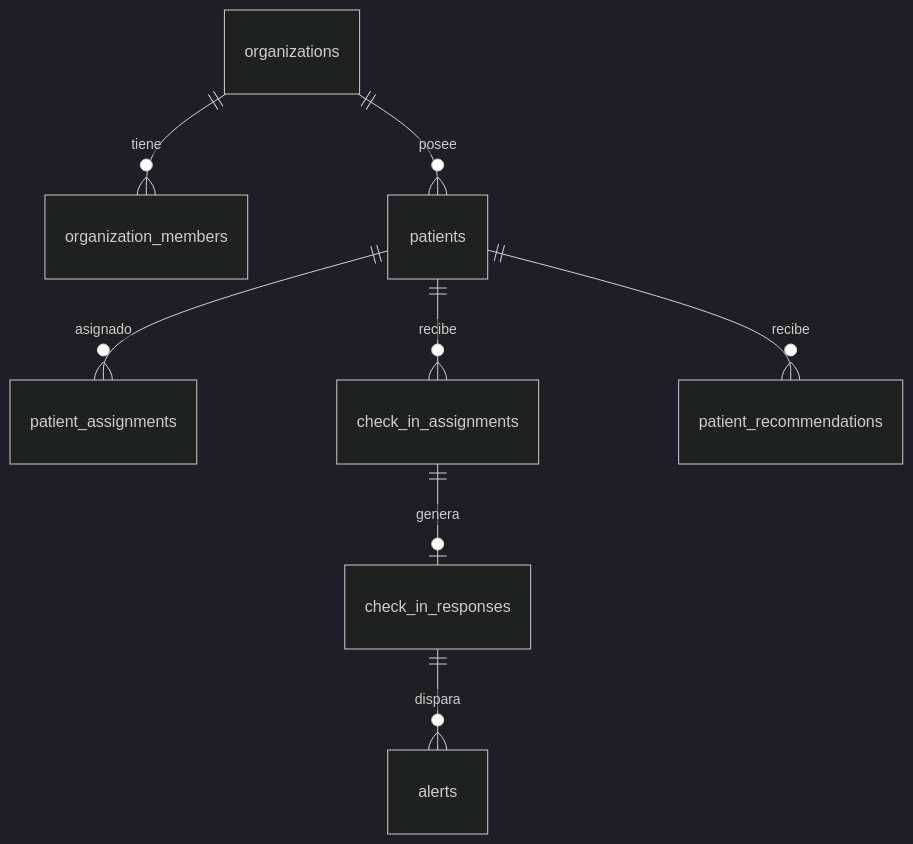
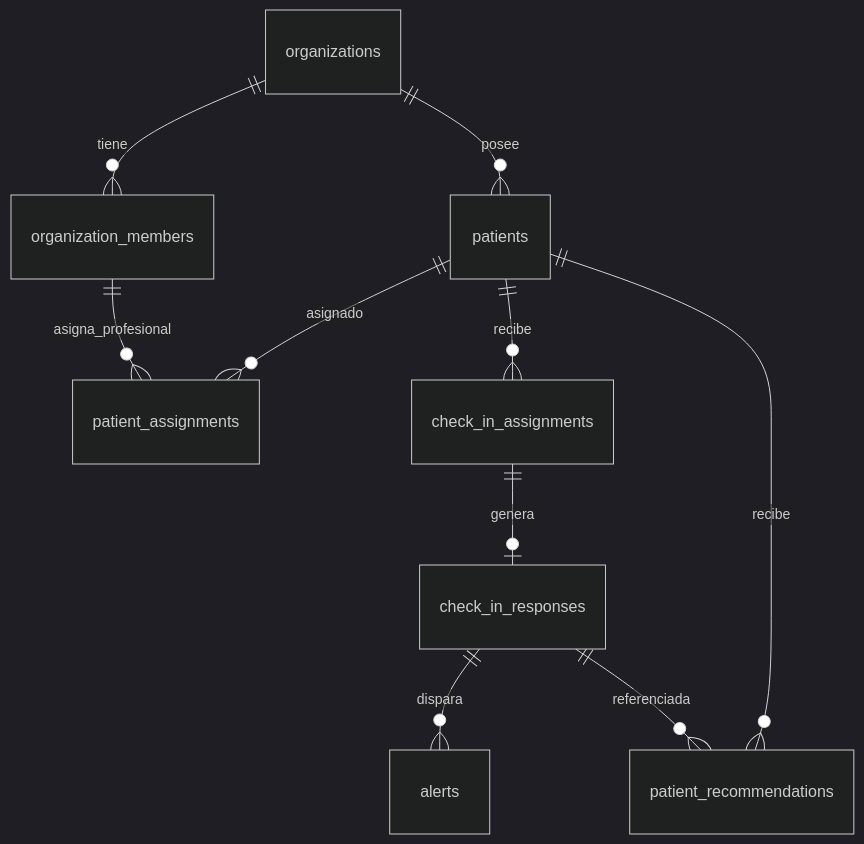
One commit to ferlier-hash/NutriSoft-2 changed the diagram in docs/data-model.md. Above: the diagram before and after it, drawn with Mermaid (dark theme). The commit also changed other lines of this file and 7 other files, not shown here.

````diff
--- a/docs/data-model.md
+++ b/docs/data-model.md
@@ -5,10 +5,12 @@
 ```mermaid
 erDiagram
     organizations ||--o{ organization_members : tiene
     organizations ||--o{ patients : posee
     patients ||--o{ patient_assignments : asignado
+    organization_members ||--o{ patient_assignments : asigna_profesional
     patients ||--o{ check_in_assignments : recibe
     check_in_assignments ||--o| check_in_responses : genera
     check_in_responses ||--o{ alerts : dispara
+    check_in_responses ||--o{ patient_recommendations : referenciada
     patients ||--o{ patient_recommendations : recibe
 ```
````
